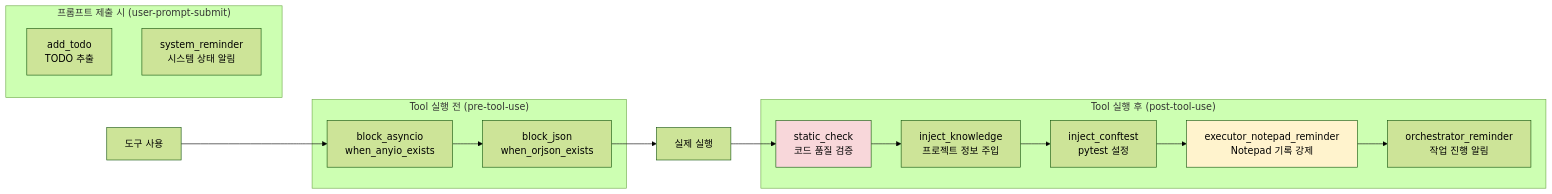
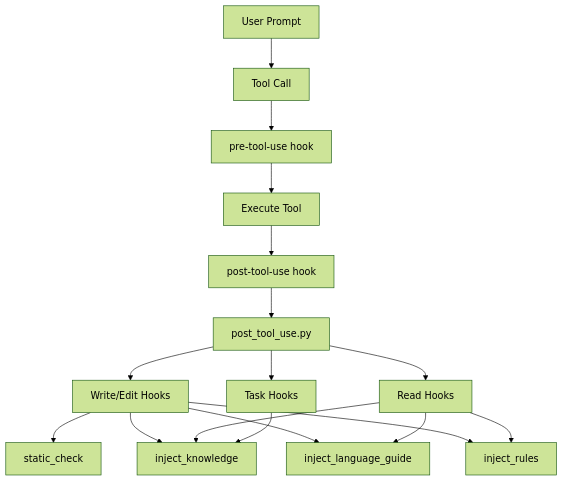
One commit to code-yeongyu/sisyphus-private changed the sixth of 21 diagrams in flow-draft.md. Above: the diagram before and after it, drawn with Mermaid (forest theme). The commit also changed other lines of this file and 150 other files, not shown here.

````diff
--- a/flow-draft.md
+++ b/flow-draft.md
@@ -378,32 +824,33 @@
 ```mermaid
-graph LR
-    subgraph "Tool 실행 전 (pre-tool-use)"
-        PreHook1[block_asyncio<br/>when_anyio_exists]
-        PreHook2[block_json<br/>when_orjson_exists]
-    end
+graph TB
+    UserPrompt[User Prompt]
+    ToolCall[Tool Call]
+    PreTool[pre-tool-use hook]
+    ToolExec[Execute Tool]
+    PostTool[post-tool-use hook]
+    Dispatcher[post_tool_use.py]
+    WriteHooks[Write/Edit Hooks]
+    ReadHooks[Read Hooks]
+    TaskHooks[Task Hooks]
+    StaticCheck[static_check]
+    InjectKnowledge[inject_knowledge]
+    InjectGuide[inject_language_guide]
+    InjectRules[inject_rules]
 
-    subgraph "Tool 실행 후 (post-tool-use)"
-        PostHook1[static_check<br/>코드 품질 검증]
-        PostHook2[inject_knowledge<br/>프로젝트 정보 주입]
-        PostHook3[inject_conftest<br/>pytest 설정]
-        PostHook4[executor_notepad_reminder<br/>Notepad 기록 강제]
-        PostHook5[orchestrator_reminder<br/>작업 진행 알림]
-    end
-
-    subgraph "프롬프트 제출 시 (user-prompt-submit)"
-        SubmitHook1[add_todo<br/>TODO 추출]
-        SubmitHook2[system_reminder<br/>시스템 상태 알림]
-    end
-
-    ToolUse[도구 사용] --> PreHook1
-    PreHook1 --> PreHook2
-    PreHook2 --> Execute[실제 실행]
-    Execute --> PostHook1
-    PostHook1 --> PostHook2
-    PostHook2 --> PostHook3
-    PostHook3 --> PostHook4
-    PostHook4 --> PostHook5
-
-    style PostHook1 fill:#f8d7da
-    style PostHook4 fill:#fff3cd
+    UserPrompt --> ToolCall
+    ToolCall --> PreTool
+    PreTool --> ToolExec
+    ToolExec --> PostTool
+    PostTool --> Dispatcher
+    Dispatcher --> WriteHooks
+    Dispatcher --> ReadHooks
+    Dispatcher --> TaskHooks
+    WriteHooks --> StaticCheck
+    WriteHooks --> InjectKnowledge
+    WriteHooks --> InjectGuide
+    WriteHooks --> InjectRules
+    ReadHooks --> InjectKnowledge
+    ReadHooks --> InjectGuide
+    ReadHooks --> InjectRules
+    TaskHooks --> InjectKnowledge
 ```
````
